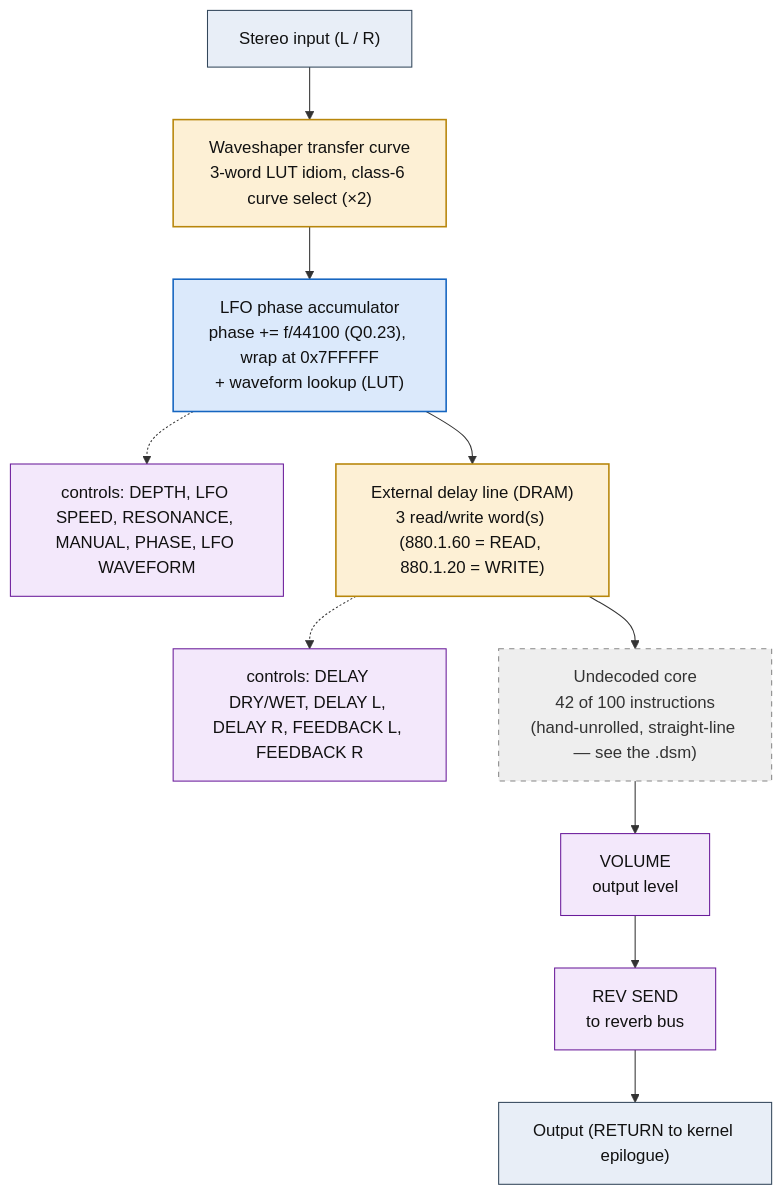
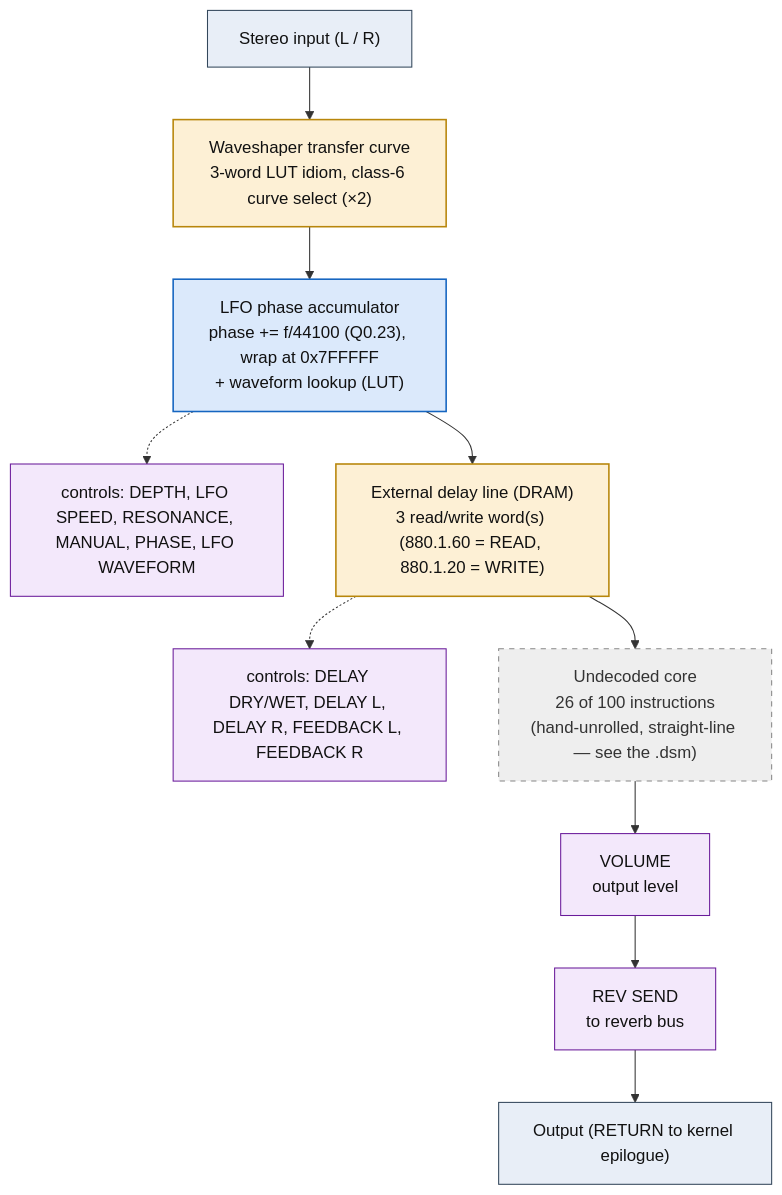
One commit to ArqueologiaDigital/kn5000-roms-disasm changed the diagram in dsp/flowcharts/prog66_s_delay_flanger.md. Above: the diagram before and after it, drawn with Mermaid. The commit also changed other lines of this file and 78 other files, not shown here.

````diff
--- a/dsp/flowcharts/prog66_s_delay_flanger.md
+++ b/dsp/flowcharts/prog66_s_delay_flanger.md
@@ -12,34 +12,34 @@
 ```mermaid
 flowchart TD
     N0["Stereo input (L / R)"]
     N1["Waveshaper transfer curve<br/>3-word LUT idiom, class-6 curve select (&times;2)"]
     N0 --> N1
     N2["LFO phase accumulator<br/>phase += f/44100 (Q0.23), wrap at 0x7FFFFF<br/>+ waveform lookup (LUT)"]
     N1 --> N2
     N3["controls: DEPTH, LFO SPEED, RESONANCE, MANUAL, PHASE, LFO WAVEFORM"]
     N2 -.-> N3
     N4["External delay line (DRAM)<br/>3 read/write word(s) (880.1.60 = READ, 880.1.20 = WRITE)"]
     N2 --> N4
     N5["controls: DELAY DRY/WET, DELAY L, DELAY R, FEEDBACK L, FEEDBACK R"]
     N4 -.-> N5
-    N6["Undecoded core<br/>42 of 100 instructions<br/>(hand-unrolled, straight-line &mdash; see the .dsm)"]
+    N6["Undecoded core<br/>26 of 100 instructions<br/>(hand-unrolled, straight-line &mdash; see the .dsm)"]
     N4 --> N6
     N7["VOLUME<br/>output level"]
     N6 --> N7
     N8["REV SEND<br/>to reverb bus"]
     N7 --> N8
     N9["Output (RETURN to kernel epilogue)"]
     N8 --> N9
 
     classDef io fill:#e8eef7,stroke:#33475b,stroke-width:1px,color:#111;
     classDef proven fill:#d7f0d7,stroke:#2e7d32,stroke-width:2px,color:#111;
     classDef measured fill:#dbe9fb,stroke:#1565c0,stroke-width:1.5px,color:#111;
     classDef inferred fill:#fdf0d5,stroke:#b8860b,stroke-width:1.5px,color:#111;
     classDef open fill:#eeeeee,stroke:#888,stroke-width:1px,color:#333,stroke-dasharray:5 5;
     classDef ctrl fill:#f3e8fb,stroke:#6a1b9a,stroke-width:1px,color:#111;
     class N0,N9 io;
     class N1,N4 inferred;
     class N2 measured;
     class N3,N5,N7,N8 ctrl;
     class N6 open;
 ```
````
